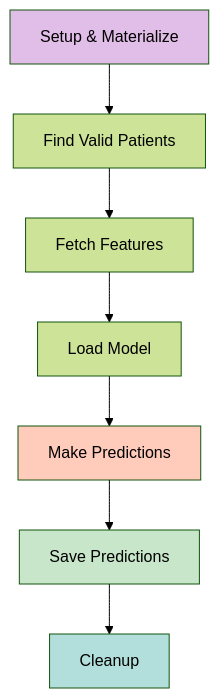
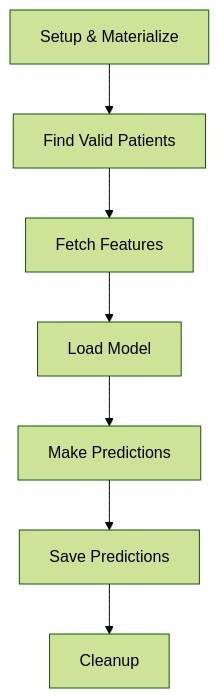
The fifth of 5 diagrams in README.md (velosoberti/MLOps), drawn with Mermaid (forest theme) before and after one commit. The commit also changed other lines of this file, not shown here.

````diff
--- a/README.md
+++ b/README.md
@@ -290,14 +273,9 @@
 ```mermaid
 graph TB
     A[Setup & Materialize] --> B[Find Valid Patients]
     B --> C[Fetch Features]
     C --> D[Load Model]
     D --> E[Make Predictions]
     E --> F[Save Predictions]
     F --> G[Cleanup]
-    
-    style A fill:#e1bee7
-    style E fill:#ffccbc
-    style F fill:#c8e6c9
-    style G fill:#b2dfdb
 ```
````
